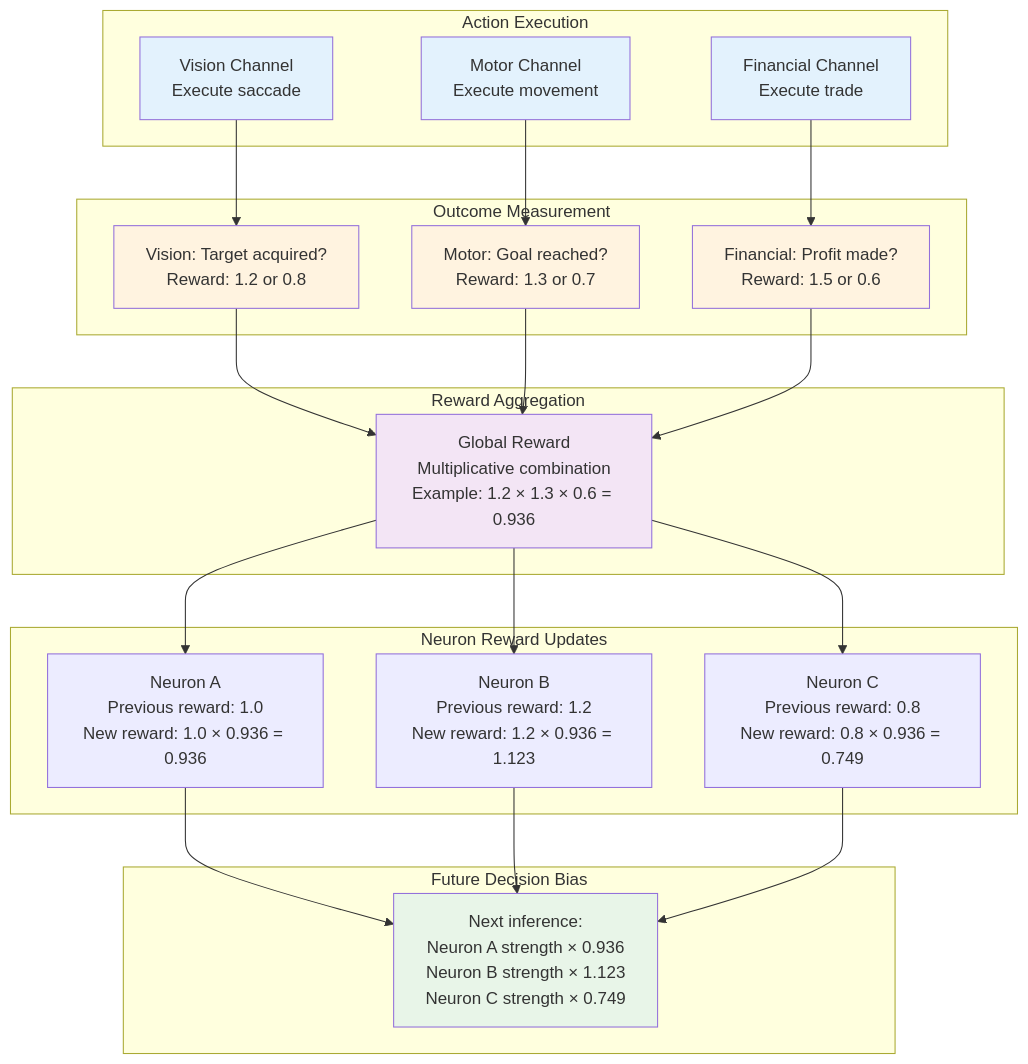
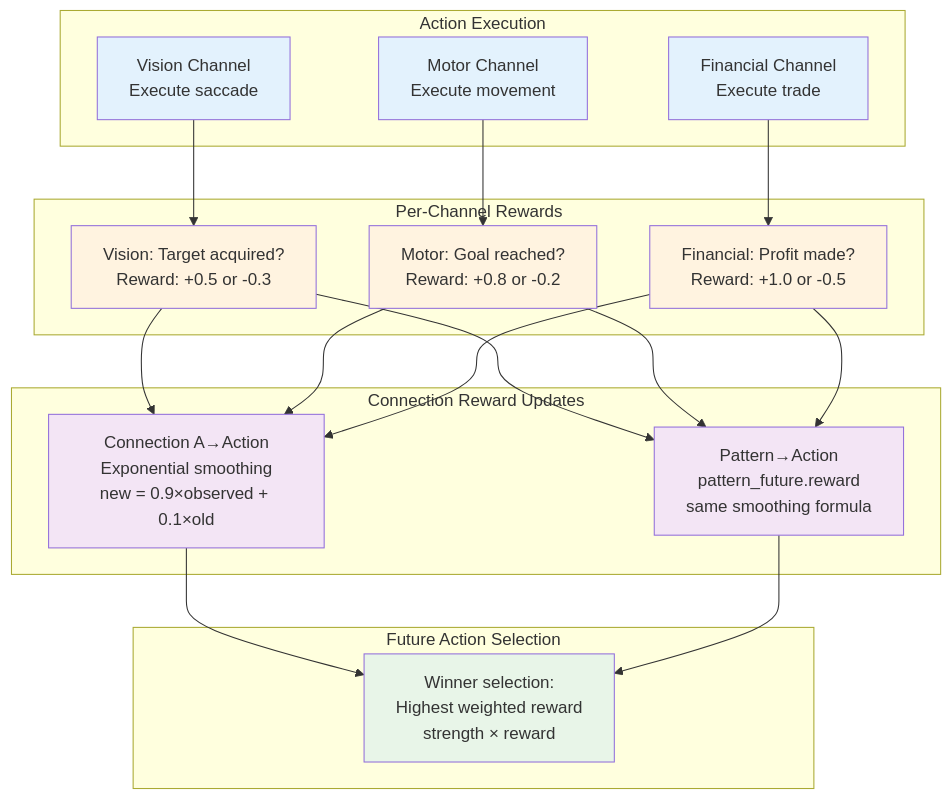
The fifth of 5 diagrams in docs/PATENT_DISCLOSURE.md (cucar/robot_brain), drawn with Mermaid before and after one commit. The commit also changed other lines of this file and 8 other files, not shown here.

````diff
--- a/docs/PATENT_DISCLOSURE.md
+++ b/docs/PATENT_DISCLOSURE.md
@@ -398,53 +380,48 @@
 ```mermaid
 graph TB
     subgraph "Action Execution"
         A1[Vision Channel<br/>Execute saccade]
         A2[Motor Channel<br/>Execute movement]
         A3[Financial Channel<br/>Execute trade]
     end
 
-    subgraph "Outcome Measurement"
-        O1[Vision: Target acquired?<br/>Reward: 1.2 or 0.8]
-        O2[Motor: Goal reached?<br/>Reward: 1.3 or 0.7]
-        O3[Financial: Profit made?<br/>Reward: 1.5 or 0.6]
+    subgraph "Per-Channel Rewards"
+        O1[Vision: Target acquired?<br/>Reward: +0.5 or -0.3]
+        O2[Motor: Goal reached?<br/>Reward: +0.8 or -0.2]
+        O3[Financial: Profit made?<br/>Reward: +1.0 or -0.5]
     end
 
-    subgraph "Reward Aggregation"
-        G[Global Reward<br/>Multiplicative combination<br/>Example: 1.2 × 1.3 × 0.6 = 0.936]
+    subgraph "Connection Reward Updates"
+        C1[Connection A→Action<br/>Exponential smoothing<br/>new = 0.9×observed + 0.1×old]
+        C2[Pattern→Action<br/>pattern_future.reward<br/>same smoothing formula]
     end
 
-    subgraph "Neuron Reward Updates"
-        N1[Neuron A<br/>Previous reward: 1.0<br/>New reward: 1.0 × 0.936 = 0.936]
-        N2[Neuron B<br/>Previous reward: 1.2<br/>New reward: 1.2 × 0.936 = 1.123]
-        N3[Neuron C<br/>Previous reward: 0.8<br/>New reward: 0.8 × 0.936 = 0.749]
-    end
-
-    subgraph "Future Decision Bias"
-        D1[Next inference:<br/>Neuron A strength × 0.936<br/>Neuron B strength × 1.123<br/>Neuron C strength × 0.749]
+    subgraph "Future Action Selection"
+        D1[Winner selection:<br/>Highest weighted reward<br/>strength × reward]
     end
 
     A1 --> O1
     A2 --> O2
     A3 --> O3
 
-    O1 --> G
-    O2 --> G
-    O3 --> G
+    O1 --> C1
+    O2 --> C1
+    O3 --> C1
 
-    G --> N1
-    G --> N2
-    G --> N3
+    O1 --> C2
+    O2 --> C2
+    O3 --> C2
 
-    N1 --> D1
-    N2 --> D1
-    N3 --> D1
+    C1 --> D1
+    C2 --> D1
 
     style A1 fill:#e3f2fd
     style A2 fill:#e3f2fd
     style A3 fill:#e3f2fd
     style O1 fill:#fff3e0
     style O2 fill:#fff3e0
     style O3 fill:#fff3e0
-    style G fill:#f3e5f5
+    style C1 fill:#f3e5f5
+    style C2 fill:#f3e5f5
     style D1 fill:#e8f5e8
 ```
````
